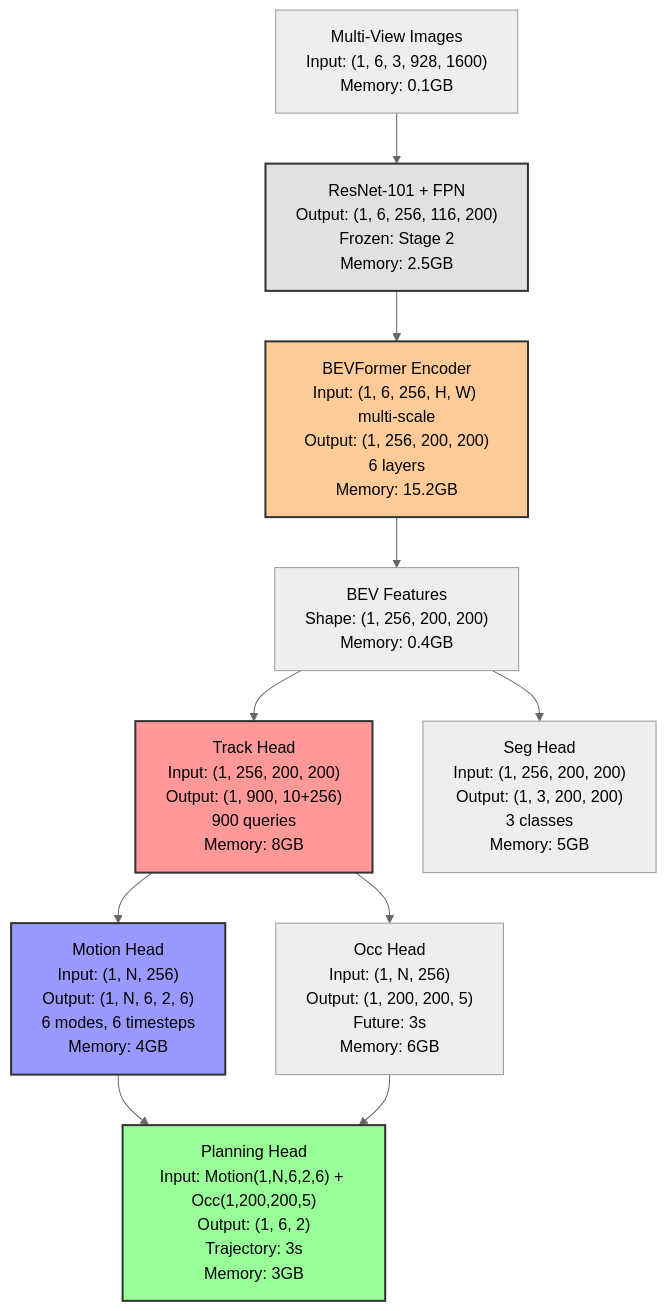
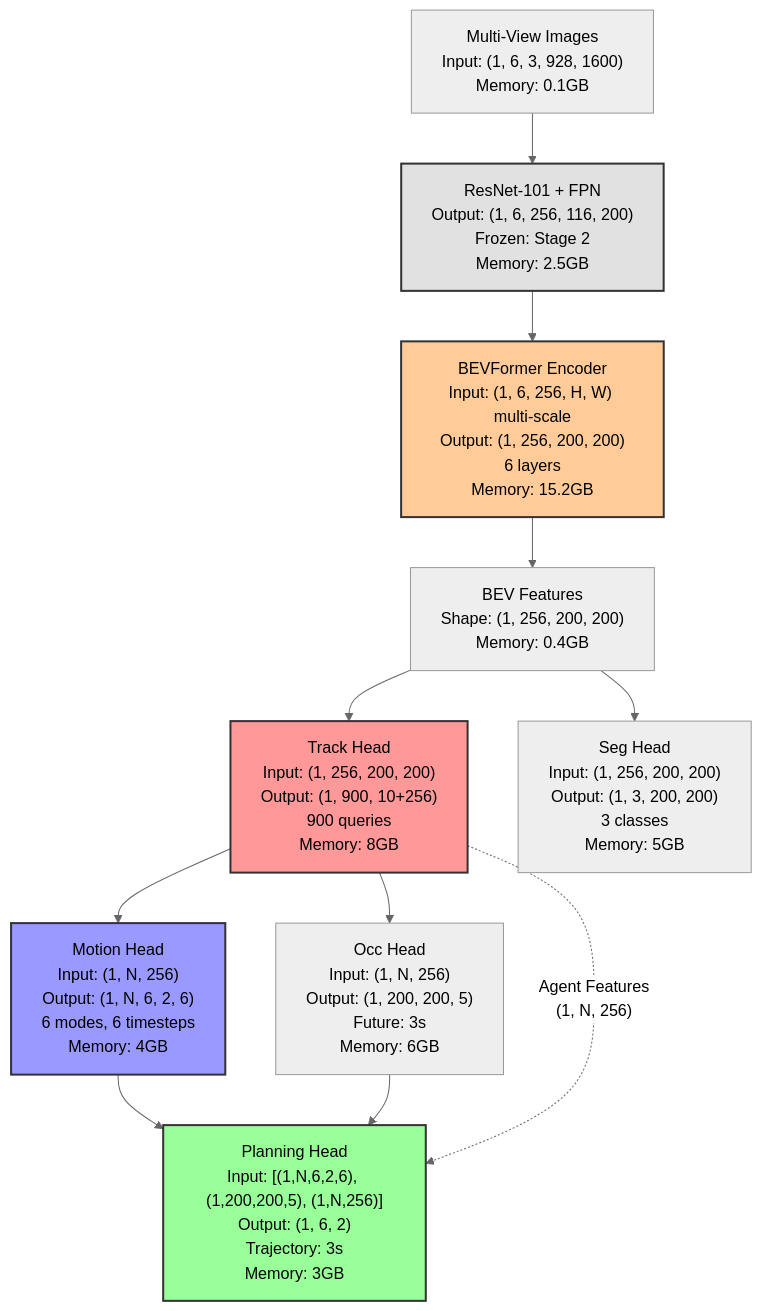
The third of 9 diagrams in tools/pytorch_op_tracer/SPEC.md (litanlitudan/UniAD), drawn with Mermaid (neutral theme) before and after one commit. The commit also changed other lines of this file and 1 other file, not shown here.

Commit message:
feat: enhance SPEC.md and planning_head_report.md with detailed tensor shape tracking and visualization for Planning Head inputs

````diff
--- a/tools/pytorch_op_tracer/SPEC.md
+++ b/tools/pytorch_op_tracer/SPEC.md
@@ -639,27 +640,28 @@
 ```mermaid
 graph TB
     %% Default view showing only major modules with tensor shapes
     Input["Multi-View Images<br/>Input: (1, 6, 3, 928, 1600)<br/>Memory: 0.1GB"] --> Backbone["ResNet-101 + FPN<br/>Output: (1, 6, 256, 116, 200)<br/>Frozen: Stage 2<br/>Memory: 2.5GB"]
     
     Backbone --> BEVEncoder["BEVFormer Encoder<br/>Input: (1, 6, 256, H, W) multi-scale<br/>Output: (1, 256, 200, 200)<br/>6 layers<br/>Memory: 15.2GB"]
     
     BEVEncoder --> BEVFeatures["BEV Features<br/>Shape: (1, 256, 200, 200)<br/>Memory: 0.4GB"]
     
     BEVFeatures --> TrackHead["Track Head<br/>Input: (1, 256, 200, 200)<br/>Output: (1, 900, 10+256)<br/>900 queries<br/>Memory: 8GB"]
     
     BEVFeatures --> SegHead["Seg Head<br/>Input: (1, 256, 200, 200)<br/>Output: (1, 3, 200, 200)<br/>3 classes<br/>Memory: 5GB"]
     
     TrackHead --> MotionHead["Motion Head<br/>Input: (1, N, 256)<br/>Output: (1, N, 6, 2, 6)<br/>6 modes, 6 timesteps<br/>Memory: 4GB"]
     
     TrackHead --> OccHead["Occ Head<br/>Input: (1, N, 256)<br/>Output: (1, 200, 200, 5)<br/>Future: 3s<br/>Memory: 6GB"]
     
-    MotionHead --> PlanHead["Planning Head<br/>Input: Motion(1,N,6,2,6) + Occ(1,200,200,5)<br/>Output: (1, 6, 2)<br/>Trajectory: 3s<br/>Memory: 3GB"]
+    MotionHead --> PlanHead["Planning Head<br/>Input: [(1,N,6,2,6), (1,200,200,5), (1,N,256)]<br/>Output: (1, 6, 2)<br/>Trajectory: 3s<br/>Memory: 3GB"]
     OccHead --> PlanHead
+    TrackHead -.-> |"Agent Features<br/>(1, N, 256)"| PlanHead
     
     %% Style for different module types
     style Backbone fill:#e1e1e1,stroke:#333,stroke-width:2px
     style BEVEncoder fill:#ffcc99,stroke:#333,stroke-width:2px
     style TrackHead fill:#ff9999,stroke:#333,stroke-width:2px
     style MotionHead fill:#9999ff,stroke:#333,stroke-width:2px
     style PlanHead fill:#99ff99,stroke:#333,stroke-width:2px
 ```
````
